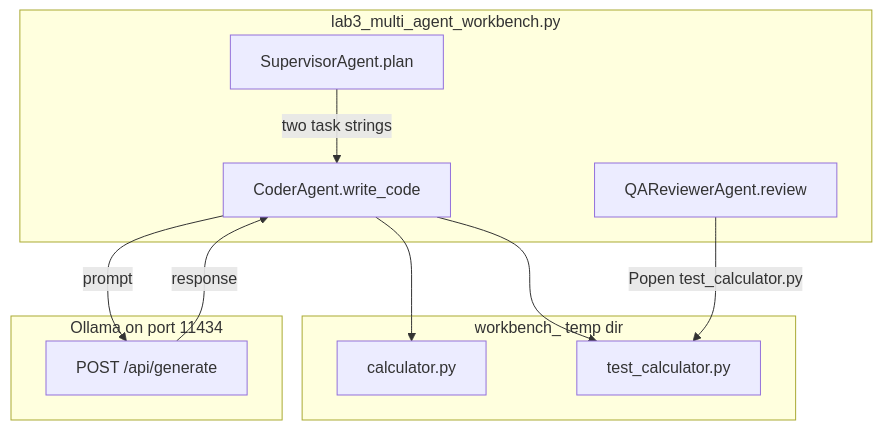
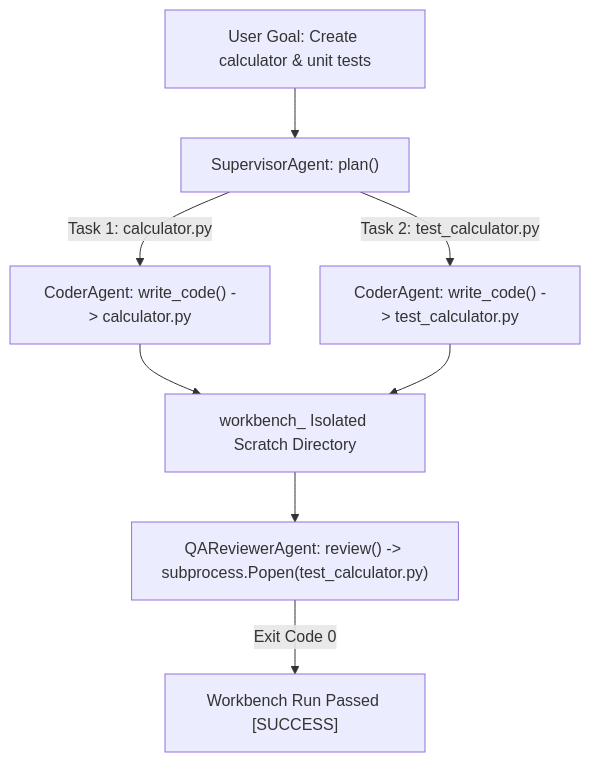
The diagram in education/20_synthesis/lab3_multi_agent_workbench.md (jacobbweber/AgenticAI-Labs), drawn with Mermaid before and after one commit. The commit also changed other lines of this file and 123 other files, not shown here.

````diff
--- a/education/20_synthesis/lab3_multi_agent_workbench.md
+++ b/education/20_synthesis/lab3_multi_agent_workbench.md
@@ -14,21 +20,10 @@
 ```mermaid
 flowchart TD
-    subgraph wb_roles [lab3_multi_agent_workbench.py]
-        SUP["SupervisorAgent.plan"]
-        COD["CoderAgent.write_code"]
-        QA["QAReviewerAgent.review"]
-    end
-    subgraph wb_dir [workbench_ temp dir]
-        MOD["calculator.py"]
-        TST["test_calculator.py"]
-    end
-    subgraph wb_host [Ollama on port 11434]
-        API["POST /api/generate"]
-    end
-    SUP -->|"two task strings"| COD
-    COD -->|"prompt"| API
-    API -->|"response"| COD
-    COD --> MOD
-    COD --> TST
-    QA -->|"Popen test_calculator.py"| TST
+    A["User Goal: Create calculator & unit tests"] --> B["SupervisorAgent: plan()"]
+    B -->|"Task 1: calculator.py"| C["CoderAgent: write_code() -> calculator.py"]
+    B -->|"Task 2: test_calculator.py"| D["CoderAgent: write_code() -> test_calculator.py"]
+    C --> E["workbench_ Isolated Scratch Directory"]
+    D --> E
+    E --> F["QAReviewerAgent: review() -> subprocess.Popen(test_calculator.py)"]
+    F -->|"Exit Code 0"| G["Workbench Run Passed [SUCCESS]"]
 ```
````
